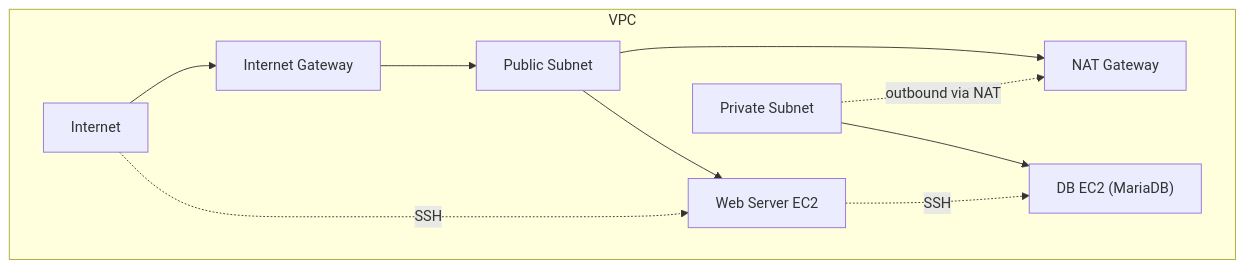
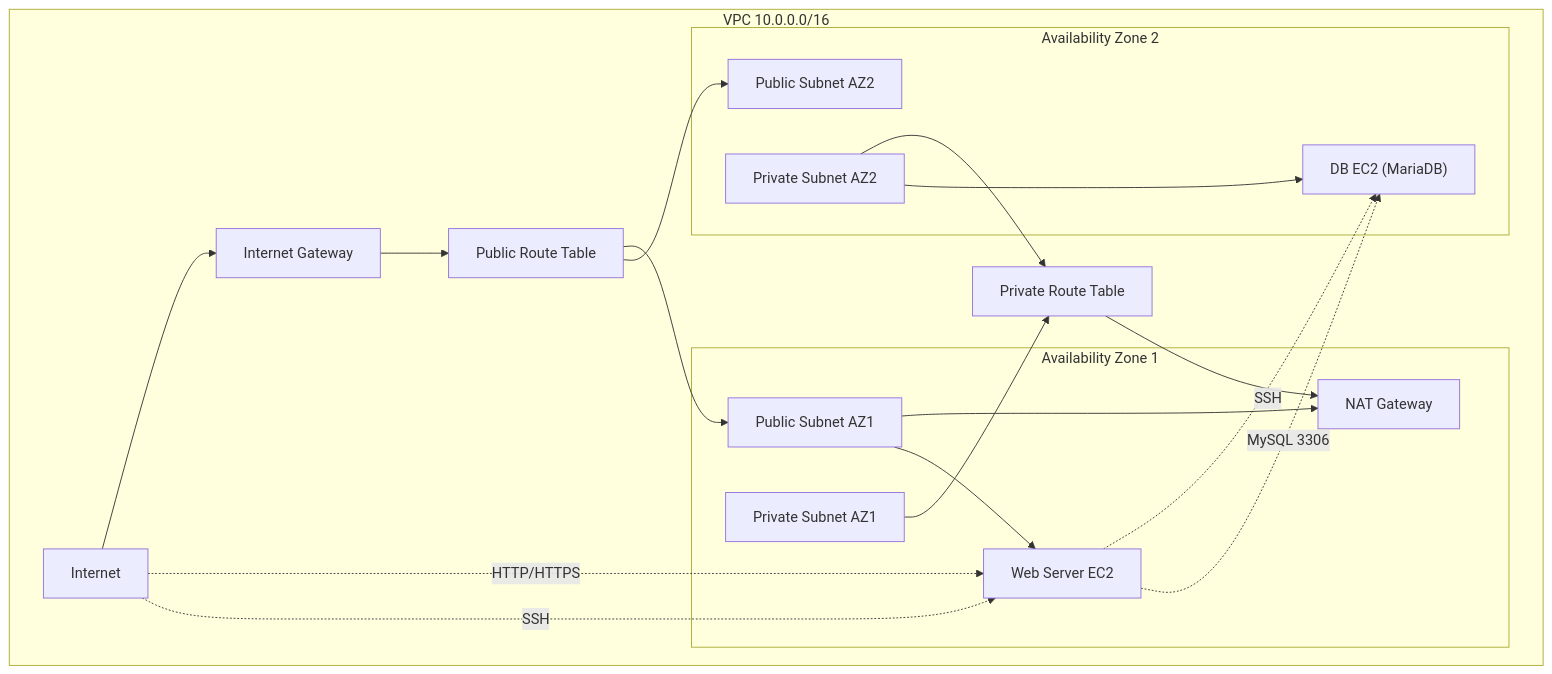
One commit to dgdemo/aws-vpc-manual-build changed the diagram in README.md. Above: the diagram before and after it, drawn with Mermaid. The commit also changed other lines of this file, not shown here.

Commit message:
readme and architecture improvements

````diff
--- a/README.md
+++ b/README.md
@@ -21,26 +33,44 @@
 ```mermaid
 flowchart TD
-    Internet[Internet] --> IGW[Internet Gateway]
+    Internet[Internet]
 
-    subgraph VPC[VPC]
-        PublicSubnet[Public Subnet]
-        PrivateSubnet[Private Subnet]
+    subgraph VPC[VPC 10.0.0.0/16]
+        IGW[Internet Gateway]
 
-        WebEC2[Web Server EC2]
-        NAT[NAT Gateway]
-        DBEC2["DB EC2 (MariaDB)"]
+        subgraph AZ1[Availability Zone 1]
+            PublicA[Public Subnet AZ1]
+            PrivateA[Private Subnet AZ1]
+            NAT[NAT Gateway]
+            WebEC2[Web Server EC2]
+        end
 
-        IGW --> PublicSubnet
-        PublicSubnet --> WebEC2
-        PublicSubnet --> NAT
+        subgraph AZ2[Availability Zone 2]
+            PublicB[Public Subnet AZ2]
+            PrivateB[Private Subnet AZ2]
+            DBEC2["DB EC2 (MariaDB)"]
+        end
 
-        PrivateSubnet --> DBEC2
+        PubRT[Public Route Table]
+        PrivRT[Private Route Table]
 
-        %% outbound internet access for private instances
-        PrivateSubnet -. outbound via NAT .-> NAT
+        Internet --> IGW
 
-        %% SSH access paths
+        IGW --> PubRT
+        PubRT --> PublicA
+        PubRT --> PublicB
+
+        PublicA --> NAT
+        PublicA --> WebEC2
+
+        PrivateA --> PrivRT
+        PrivateB --> PrivRT
+        PrivRT --> NAT
+
+        PrivateB --> DBEC2
+
+        Internet -. HTTP/HTTPS .-> WebEC2
         Internet -. SSH .-> WebEC2
         WebEC2 -. SSH .-> DBEC2
+        WebEC2 -. MySQL 3306 .-> DBEC2
     end
 ```
````
